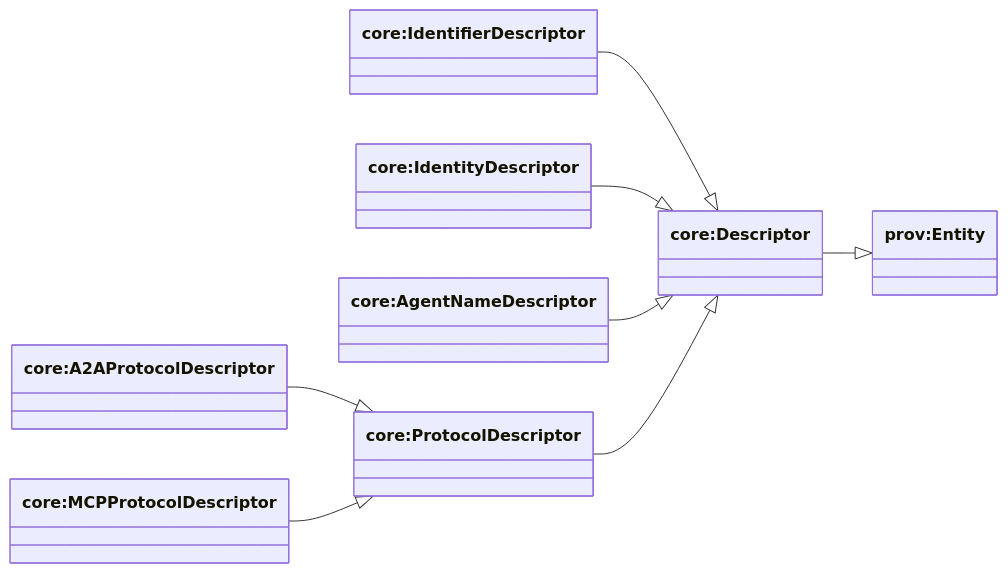
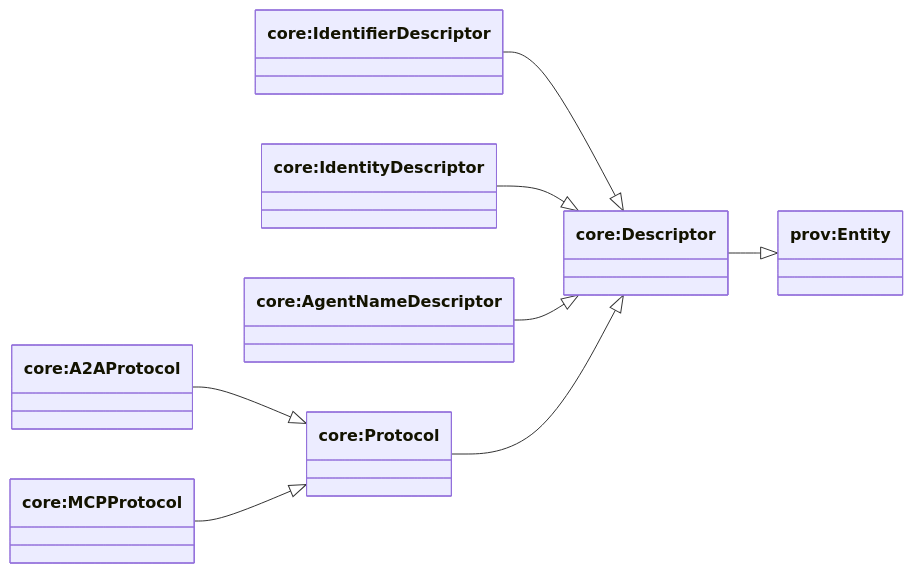
The first of 4 diagrams in docs/ontology/descriptor.md (Agentic-Trust-Layer/agent-explorer), drawn with Mermaid before and after one commit. The commit also changed other lines of this file and 34 other files, not shown here.

Commit message:
cleaned up ontology and graphql

````diff
--- a/docs/ontology/descriptor.md
+++ b/docs/ontology/descriptor.md
@@ -17,22 +17,22 @@
 ```mermaid
 classDiagram
 direction LR
 
 class provEntity["prov:Entity"]
 
 class Descriptor["core:Descriptor"]
 class IdentifierDescriptor["core:IdentifierDescriptor"]
 class IdentityDescriptor["core:IdentityDescriptor"]
 class AgentNameDescriptor["core:AgentNameDescriptor"]
-class ProtocolDescriptor["core:ProtocolDescriptor"]
-class A2AProtocolDescriptor["core:A2AProtocolDescriptor"]
-class MCPProtocolDescriptor["core:MCPProtocolDescriptor"]
+class Protocol["core:Protocol"]
+class A2AProtocol["core:A2AProtocol"]
+class MCPProtocol["core:MCPProtocol"]
 
 Descriptor --|> provEntity
 IdentifierDescriptor --|> Descriptor
 IdentityDescriptor --|> Descriptor
 AgentNameDescriptor --|> Descriptor
-ProtocolDescriptor --|> Descriptor
-A2AProtocolDescriptor --|> ProtocolDescriptor
-MCPProtocolDescriptor --|> ProtocolDescriptor
+Protocol --|> Descriptor
+A2AProtocol --|> Protocol
+MCPProtocol --|> Protocol
 ```
````
